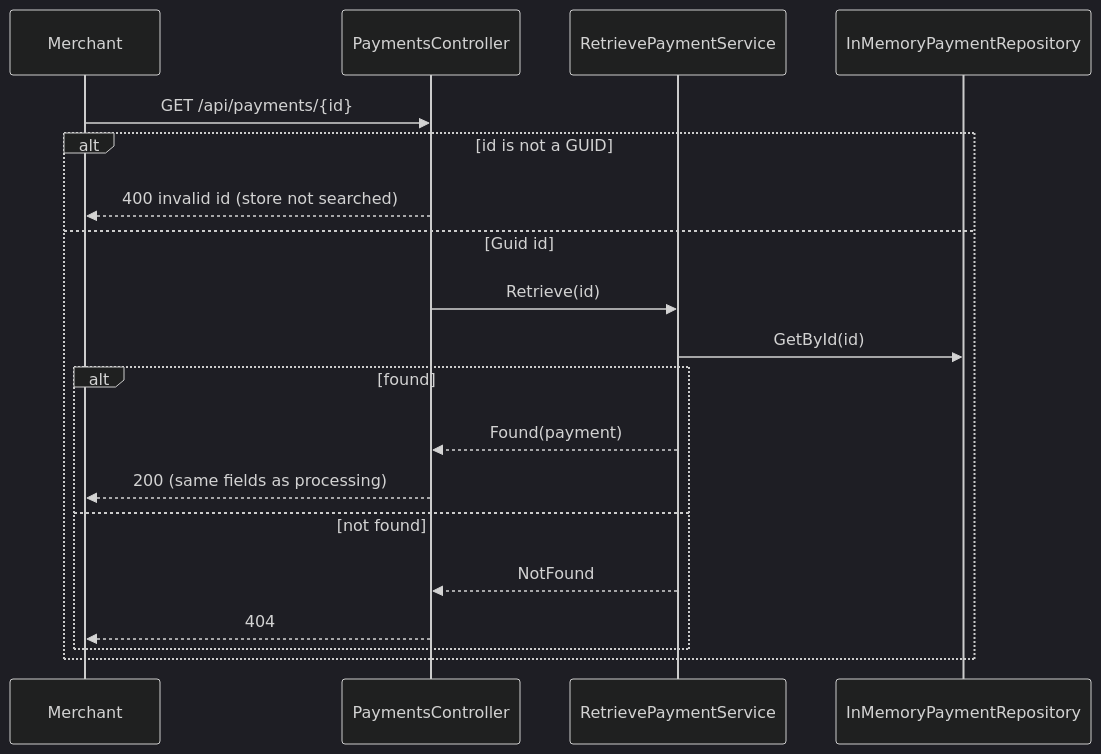
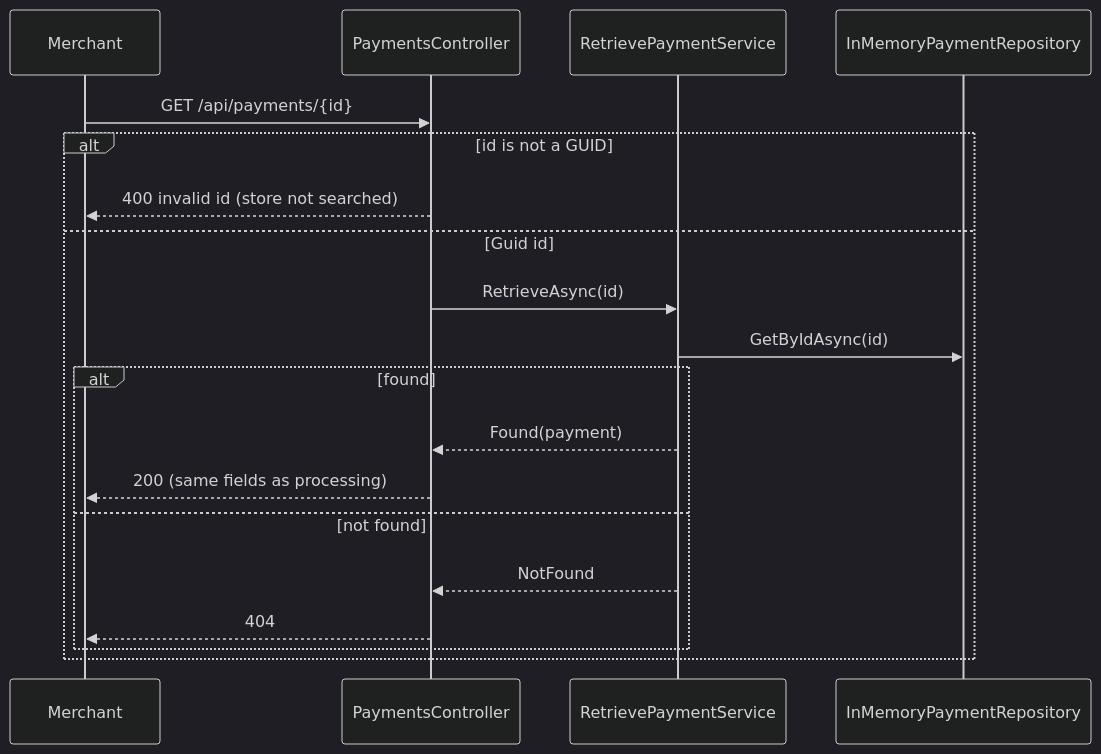
One commit to laisferdan/payment-gateway-challenge-dotnet changed the third of 3 diagrams in README.md. Above: the diagram before and after it, drawn with Mermaid (dark theme). The commit also changed other lines of this file and 103 other files, not shown here.

````diff
--- a/README.md
+++ b/README.md
@@ -148,21 +151,21 @@
 ```mermaid
 sequenceDiagram
     participant M as Merchant
     participant C as PaymentsController
     participant S as RetrievePaymentService
     participant R as InMemoryPaymentRepository
     M->>C: GET /api/payments/{id}
     alt id is not a GUID
         C-->>M: 400 invalid id (store not searched)
     else Guid id
-        C->>S: Retrieve(id)
-        S->>R: GetById(id)
+        C->>S: RetrieveAsync(id)
+        S->>R: GetByIdAsync(id)
         alt found
             S-->>C: Found(payment)
             C-->>M: 200 (same fields as processing)
         else not found
             S-->>C: NotFound
             C-->>M: 404
         end
     end
 ```
````
